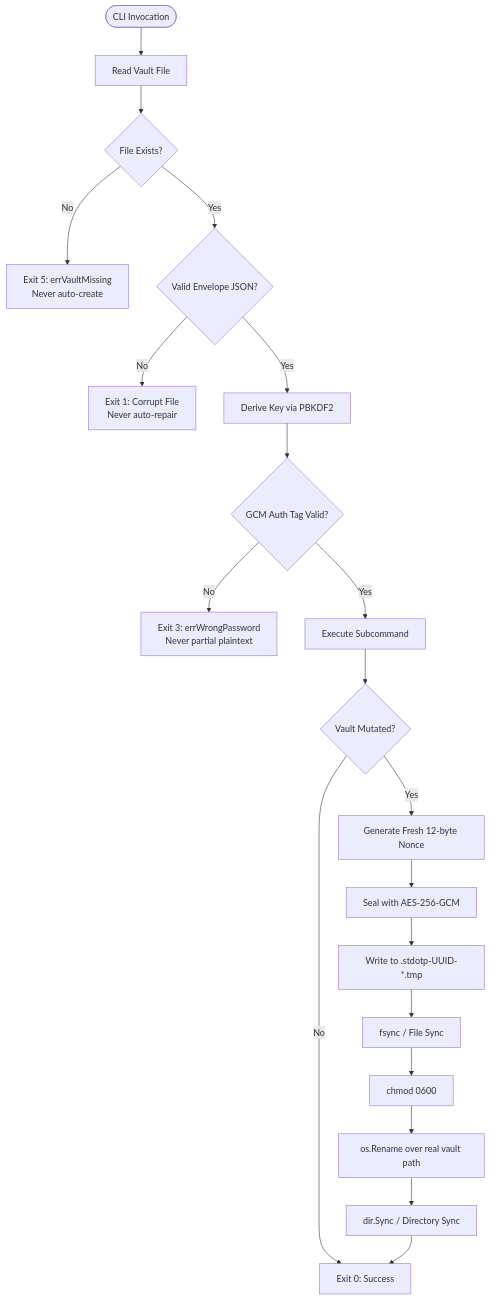
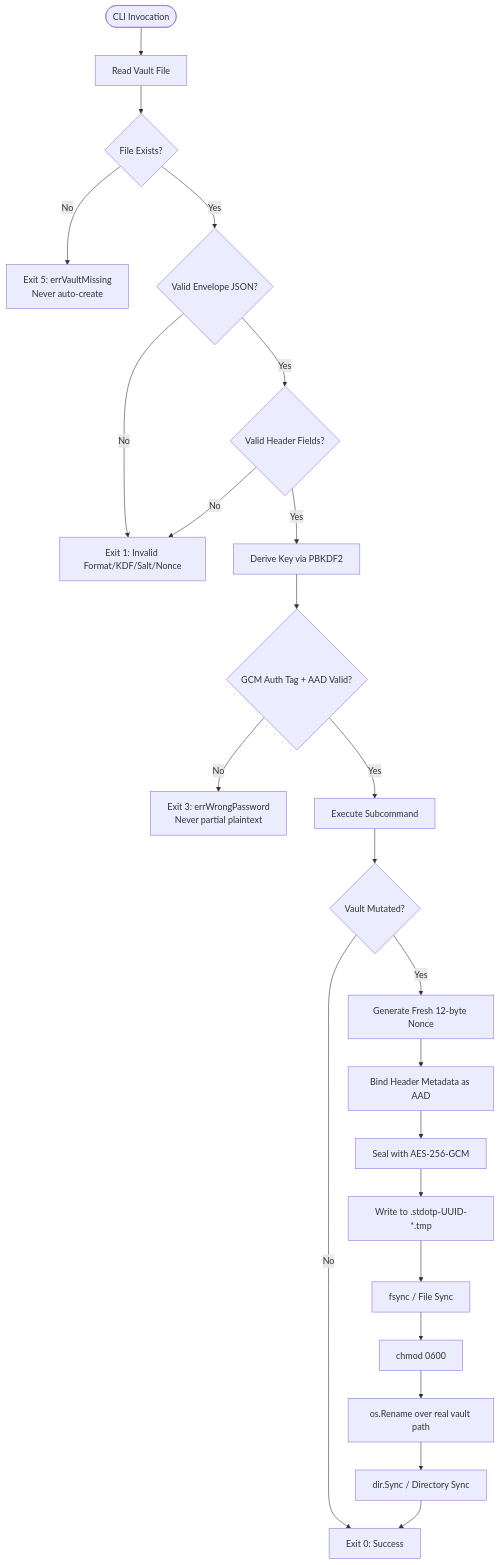
Before and after one commit to moin08s/stdotp: the fourth of 4 diagrams in README.md, drawn with Mermaid. The commit also changed other lines of this file and 2 other files, not shown here.

Commit message:
feat: vault locking concurrency, AES-GCM AAD metadata authentication, header validation, custom iteration preservation, error-checked HOTP saving, and 51 tests (81.0% coverage)

````diff
--- a/README.md
+++ b/README.md
@@ -230,23 +242,26 @@
 ```mermaid
 flowchart TD
     Start([CLI Invocation]) --> ReadVault[Read Vault File]
     ReadVault --> CheckExist{File Exists?}
     CheckExist -- No --> Exit5[Exit 5: errVaultMissing<br/>Never auto-create]
     CheckExist -- Yes --> CheckJSON{Valid Envelope JSON?}
     CheckJSON -- No --> Exit1[Exit 1: Corrupt File<br/>Never auto-repair]
-    CheckJSON -- Yes --> DeriveKey[Derive Key via PBKDF2]
-    DeriveKey --> OpenGCM{GCM Auth Tag Valid?}
+    CheckJSON -- Yes --> CheckHeader{Valid Header Fields?}
+    CheckHeader -- No --> Exit1[Exit 1: Invalid Format/KDF/Salt/Nonce]
+    CheckHeader -- Yes --> DeriveKey[Derive Key via PBKDF2]
+    DeriveKey --> OpenGCM{GCM Auth Tag + AAD Valid?}
     OpenGCM -- No --> Exit3[Exit 3: errWrongPassword<br/>Never partial plaintext]
     OpenGCM -- Yes --> RunCommand[Execute Subcommand]
 
     RunCommand --> Mutating{Vault Mutated?}
     Mutating -- No --> Exit0[Exit 0: Success]
     Mutating -- Yes --> GenNonce[Generate Fresh 12-byte Nonce]
-    GenNonce --> EncryptGCM[Seal with AES-256-GCM]
+    GenNonce --> BindAAD[Bind Header Metadata as AAD]
+    BindAAD --> EncryptGCM[Seal with AES-256-GCM]
     EncryptGCM --> WriteTmp[Write to .stdotp-UUID-*.tmp]
     WriteTmp --> Fsync[fsync / File Sync]
     Fsync --> Chmod[chmod 0600]
     Chmod --> Rename[os.Rename over real vault path]
     Rename --> DirSync[dir.Sync / Directory Sync]
     DirSync --> Exit0
 ```
````
